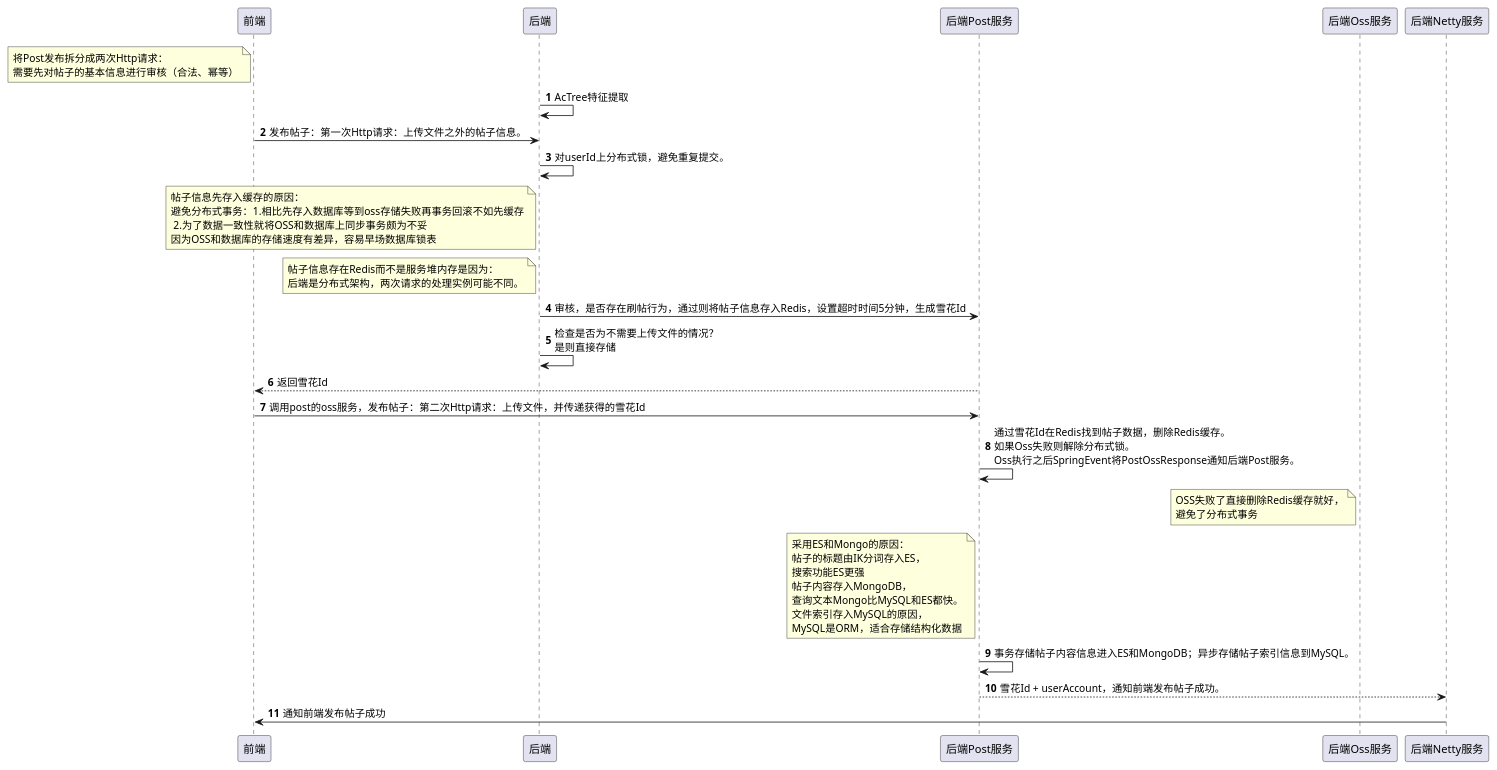
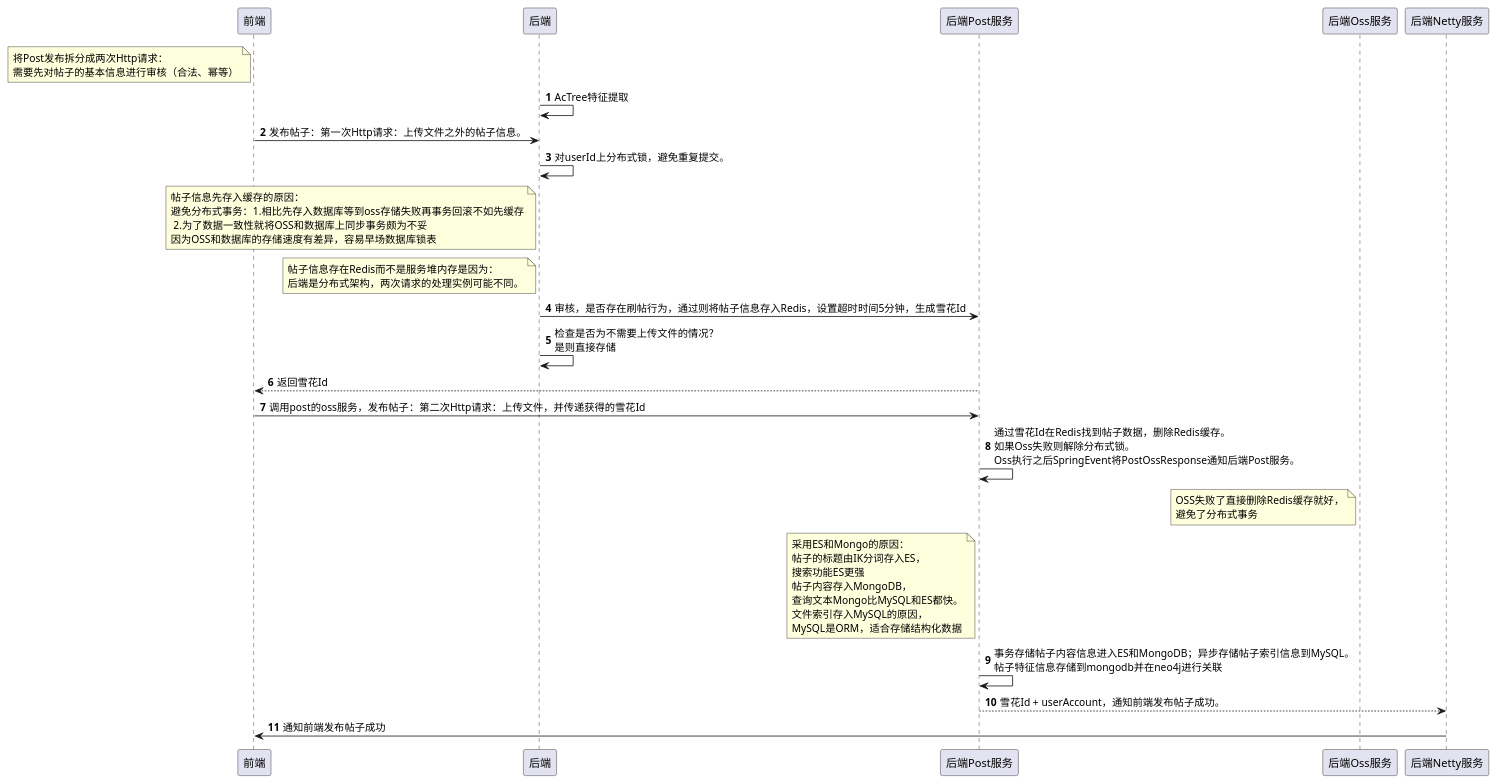
The diagram in spring-server/business/post-service/docs/发布帖子.puml (nangong918/SmartMedicine-App), drawn with PlantUML before and after one commit. The commit also changed 2 other files, not shown here.

Commit message:
feat(post-service): 增加 Neo4j 图数据库支持
- 在 Post 服务中集成 Neo4j，用于存储帖子特征信息和关联关系
- 更新发布帖子流程，增加 Neo4j 相关操作
- 添加 Neo4j配置项到 application.yml
- 引入 Spring Boot Data Neo4j 依赖

```diff
--- a/spring-server/business/post-service/docs/发布帖子.puml
+++ b/spring-server/business/post-service/docs/发布帖子.puml
@@ -1,23 +1,23 @@
 @startuml
 'https://plantuml.com/sequence-diagram
 
 autonumber
 
 note left of 前端: 将Post发布拆分成两次Http请求：\n需要先对帖子的基本信息进行审核（合法、幂等）
 后端 -> 后端: AcTree特征提取
 前端 -> 后端: 发布帖子：第一次Http请求：上传文件之外的帖子信息。
 后端 -> 后端: 对userId上分布式锁，避免重复提交。
 note left of 后端: 帖子信息先存入缓存的原因：\n避免分布式事务：1.相比先存入数据库等到oss存储失败再事务回滚不如先缓存\n 2.为了数据一致性就将OSS和数据库上同步事务颇为不妥\n因为OSS和数据库的存储速度有差异，容易早场数据库锁表
 note left of 后端: 帖子信息存在Redis而不是服务堆内存是因为：\n后端是分布式架构，两次请求的处理实例可能不同。
 后端 -> 后端Post服务: 审核，是否存在刷帖行为，通过则将帖子信息存入Redis，设置超时时间5分钟，生成雪花Id
 后端 -> 后端: 检查是否为不需要上传文件的情况？\n是则直接存储
 后端Post服务 --> 前端: 返回雪花Id
 前端 -> 后端Post服务: 调用post的oss服务，发布帖子：第二次Http请求：上传文件，并传递获得的雪花Id
 后端Post服务 -> 后端Post服务: 通过雪花Id在Redis找到帖子数据，删除Redis缓存。\n如果Oss失败则解除分布式锁。\nOss执行之后SpringEvent将PostOssResponse通知后端Post服务。
 note left of 后端Oss服务: OSS失败了直接删除Redis缓存就好，\n避免了分布式事务
 note left of 后端Post服务: 采用ES和Mongo的原因：\n帖子的标题由IK分词存入ES，\n搜索功能ES更强\n帖子内容存入MongoDB，\n查询文本Mongo比MySQL和ES都快。\n文件索引存入MySQL的原因，\nMySQL是ORM，适合存储结构化数据
-后端Post服务 -> 后端Post服务: 事务存储帖子内容信息进入ES和MongoDB；异步存储帖子索引信息到MySQL。
+后端Post服务 -> 后端Post服务: 事务存储帖子内容信息进入ES和MongoDB；异步存储帖子索引信息到MySQL。\n帖子特征信息存储到mongodb并在neo4j进行关联
 后端Post服务 --> 后端Netty服务: 雪花Id + userAccount，通知前端发布帖子成功。
 后端Netty服务 -> 前端: 通知前端发布帖子成功
 
 @enduml
```
